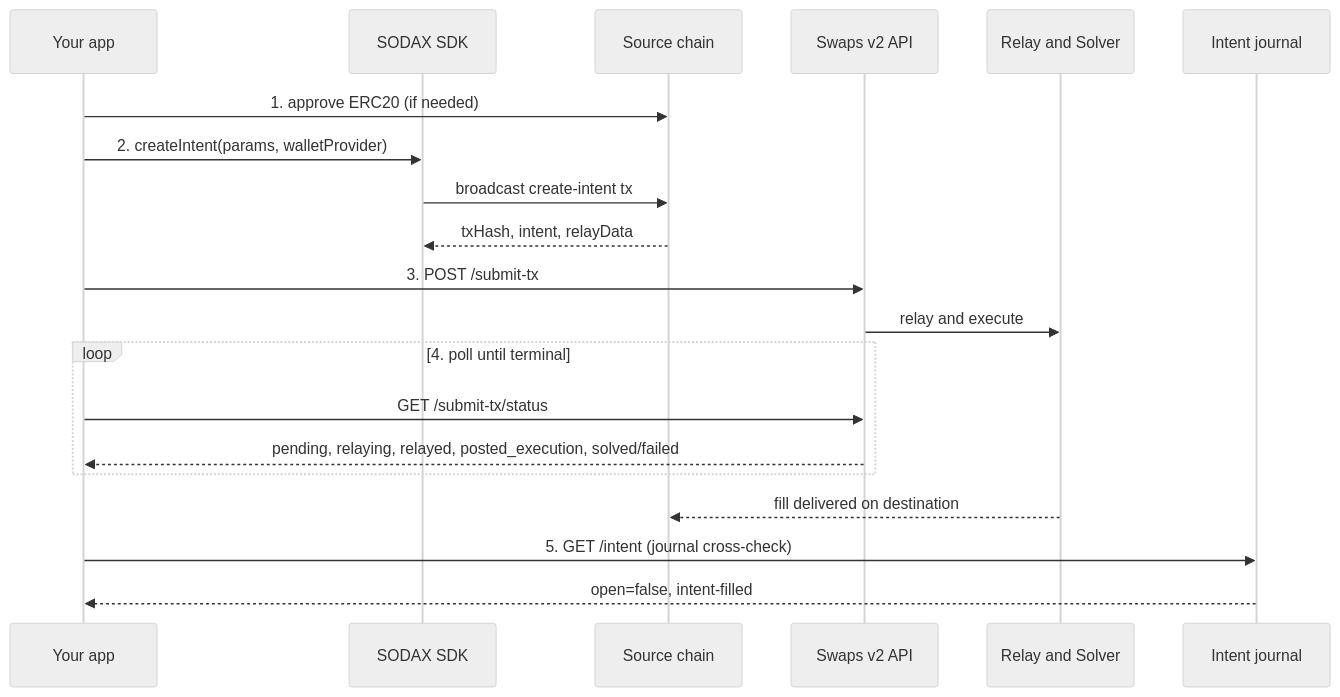
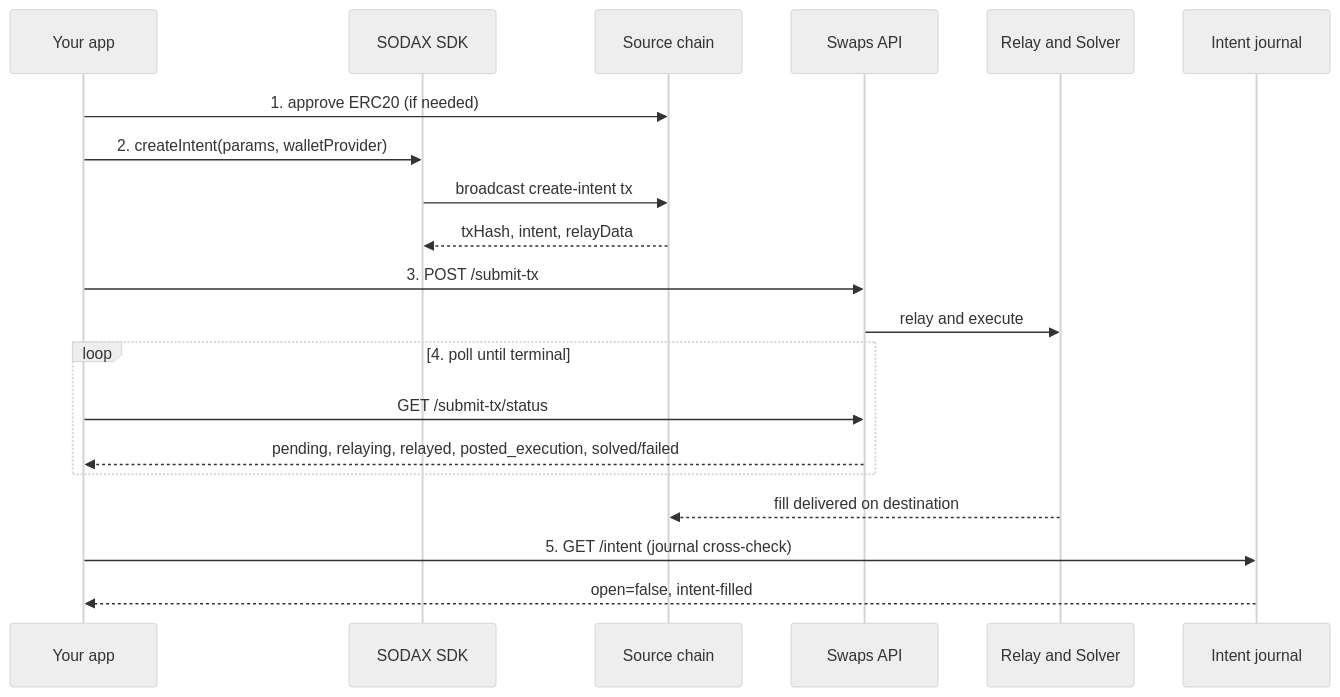
One commit to icon-project/poc-swap-intent-sender changed the diagram in README.md. Above: the diagram before and after it, drawn with Mermaid (neutral theme). The commit also changed other lines of this file and 7 other files, not shown here.

First line of the commit message:
Drop 'swaps v2' branding; call it the SODAX swaps API/endpoint

````diff
--- a/README.md
+++ b/README.md
@@ -135,23 +135,23 @@
 ```mermaid
 sequenceDiagram
     participant U as Your app
     participant SDK as SODAX SDK
     participant Chain as Source chain
-    participant API as Swaps v2 API
+    participant API as Swaps API
     participant Solver as Relay and Solver
     participant J as Intent journal
 
     U->>Chain: 1. approve ERC20 (if needed)
     U->>SDK: 2. createIntent(params, walletProvider)
     SDK->>Chain: broadcast create-intent tx
     Chain-->>SDK: txHash, intent, relayData
     U->>API: 3. POST /submit-tx
     API->>Solver: relay and execute
     loop 4. poll until terminal
         U->>API: GET /submit-tx/status
         API-->>U: pending, relaying, relayed, posted_execution, solved/failed
     end
     Solver-->>Chain: fill delivered on destination
     U->>J: 5. GET /intent (journal cross-check)
     J-->>U: open=false, intent-filled
 ```
````
